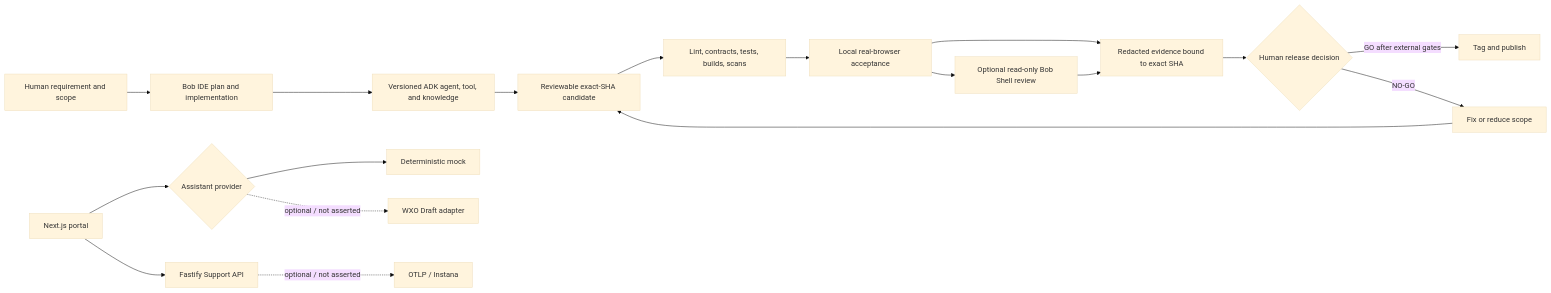
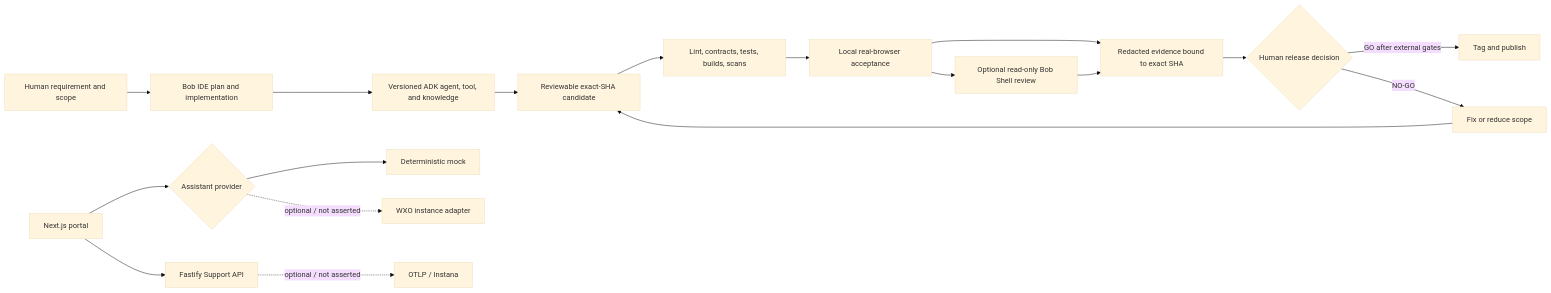
Before and after one commit to AlexMlodawski/acme-agentic-sdlc-lab: the diagram in README.md, drawn with Mermaid (base theme). The commit also changed other lines of this file and 21 other files, not shown here.

````diff
--- a/README.md
+++ b/README.md
@@ -189,21 +204,21 @@
 ```mermaid
 flowchart LR
   Human[Human requirement and scope] --> BobIDE[Bob IDE plan and implementation]
   BobIDE --> ADK[Versioned ADK agent, tool, and knowledge]
   ADK --> Change[Reviewable exact-SHA candidate]
   Change --> Gates[Lint, contracts, tests, builds, scans]
   Gates --> Browser[Local real-browser acceptance]
   Browser --> BobShell[Optional read-only Bob Shell review]
   Browser --> Evidence[Redacted evidence bound to exact SHA]
   BobShell --> Evidence
   Evidence --> Decision{Human release decision}
   Decision -->|GO after external gates| Release[Tag and publish]
   Decision -->|NO-GO| Fix[Fix or reduce scope]
   Fix --> Change
 
   Portal[Next.js portal] --> Provider{Assistant provider}
   Provider --> Stub[Deterministic mock]
-  Provider -. optional / not asserted .-> WXO[WXO Draft adapter]
+  Provider -. optional / not asserted .-> WXO[WXO instance adapter]
   Portal --> API[Fastify Support API]
   API -. optional / not asserted .-> OTel[OTLP / Instana]
 ```
````
